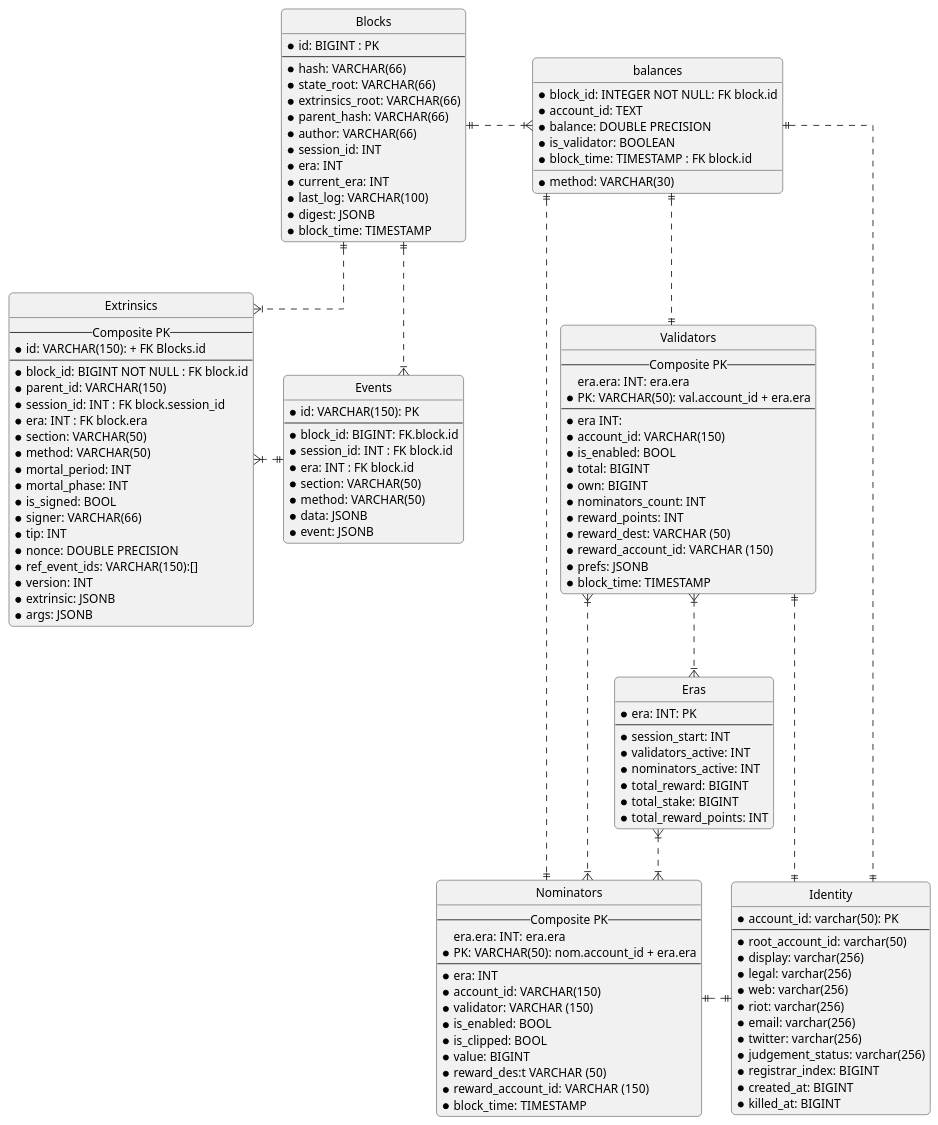
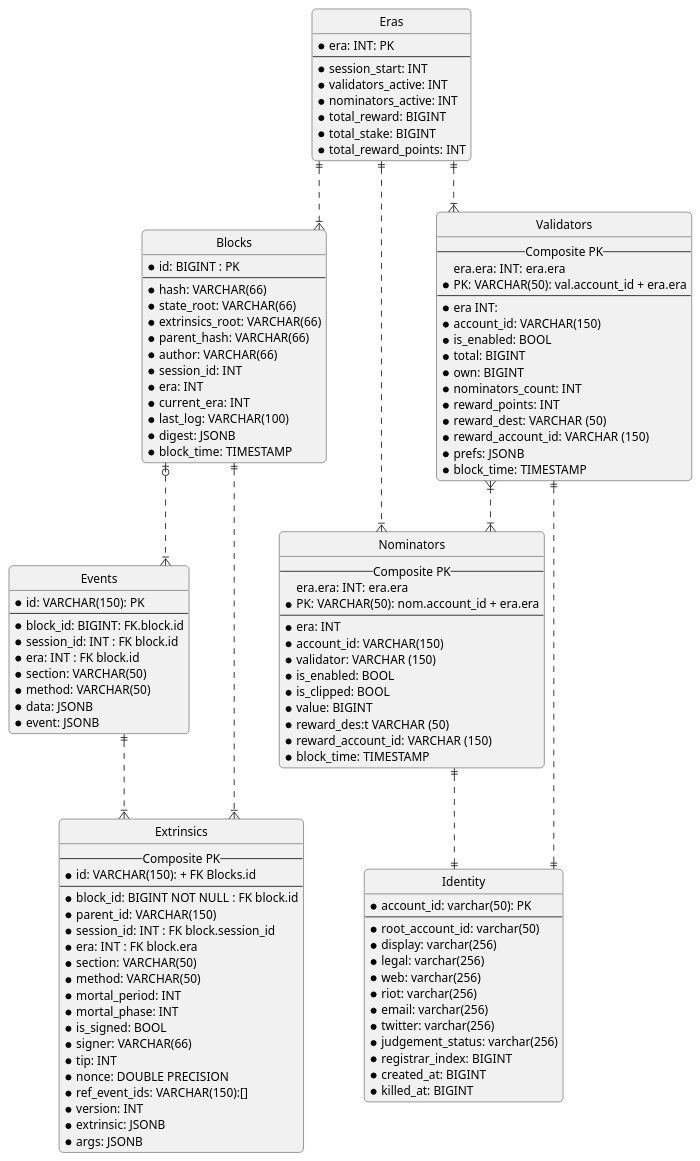
Before and after one commit to p2p-org/polkadot-profit-transformer: the diagram in docs/erd.puml, drawn with PlantUML. The commit also changed 3 other files, not shown here.

```diff
--- a/docs/erd.puml
+++ b/docs/erd.puml
@@ -1,147 +1,123 @@
 @startuml ER-diagram
-
 ' hIde the spot
 hIde circle
-
 ' avoId problems with angled crows feet
 skinparam {
     Linetype ortho
     Shadowing false
     RoundCorner 10
 }
-
 entity "Blocks" as block {
     *id: BIGINT : PK
     --
     *hash: VARCHAR(66)
     *state_root: VARCHAR(66)
     *extrinsics_root: VARCHAR(66)
     *parent_hash: VARCHAR(66)
     *author: VARCHAR(66)
     *session_id: INT
     *era: INT
     *current_era: INT
     *last_log: VARCHAR(100)
     *digest: JSONB
     *block_time: TIMESTAMP
 }
-
 entity "Events" as events {
     *id: VARCHAR(150): PK
     --
     *block_id: BIGINT: FK.block.id
     *session_id: INT : FK block.id
     *era: INT : FK block.id
     *section: VARCHAR(50)
     *method: VARCHAR(50)
     *data: JSONB
     *event: JSONB
 }
-
 entity "Extrinsics" as ex {
     --Composite PK --
     *id: VARCHAR(150): + FK Blocks.id
     --
     *block_id: BIGINT NOT NULL : FK block.id
     *parent_id: VARCHAR(150)
     *session_id: INT : FK block.session_id
     *era: INT : FK block.era
     *section: VARCHAR(50)
     *method: VARCHAR(50)
     *mortal_period: INT
     *mortal_phase: INT
     *is_signed: BOOL
     *signer: VARCHAR(66)
     *tip: INT
     *nonce: DOUBLE PRECISION
     *ref_event_ids: VARCHAR(150):[]
     *version: INT
     *extrinsic: JSONB
     *args: JSONB
 }
-
 entity "Eras" as era {
     *era: INT: PK
     --
     *session_start: INT
     *validators_active: INT
     *nominators_active: INT
     *total_reward: BIGINT
     *total_stake: BIGINT
     *total_reward_points: INT
 }
-
 entity "Validators" as val {
     --Composite PK --
     era.era: INT: era.era
     *PK: VARCHAR(50): val.account_id + era.era
     --
     *era INT:
     *account_id: VARCHAR(150)
     *is_enabled: BOOL
     *total: BIGINT
     *own: BIGINT
     *nominators_count: INT
     *reward_points: INT
     *reward_dest: VARCHAR (50)
     *reward_account_id: VARCHAR (150)
     *prefs: JSONB
     *block_time: TIMESTAMP
 }
-
 entity "Nominators" as nom {
     --Composite PK --
     era.era: INT: era.era
     *PK: VARCHAR(50): nom.account_id + era.era
     --
     *era: INT
     *account_id: VARCHAR(150)
     *validator: VARCHAR (150)
     *is_enabled: BOOL
     *is_clipped: BOOL
     *value: BIGINT
     *reward_des:t VARCHAR (50)
     *reward_account_id: VARCHAR (150)
     *block_time: TIMESTAMP
 }
-
 entity "Identity" as ac {
     *account_id: varchar(50): PK
     --
     *root_account_id: varchar(50)
     *display: varchar(256)
     *legal: varchar(256)
     *web: varchar(256)
     *riot: varchar(256)
     *email: varchar(256)
     *twitter: varchar(256)
     *judgement_status: varchar(256)
     *registrar_index: BIGINT
     *created_at: BIGINT
     *killed_at: BIGINT
 }
-
-entity "balances" as balances {
-    *block_id: INTEGER NOT NULL: FK block.id
-    *account_id: TEXT
-    *balance: DOUBLE PRECISION
-    *method: VARCHAR(30)
-    *is_validator: BOOLEAN
-    *block_time: TIMESTAMP : FK block.id
-}
-
-nom ||.right.|| ac
-era }|..|{ nom
-val }|..|{ era
+nom ||..|| ac
+era ||..|{ nom
+era ||..|{ val
 val }|..|{ nom
 val ||..|| ac
-balances ||..|| ac
-balances ||..|| nom
-balances ||..|| val
-balances }|.left.|| block
-' block }|..|| era не вижу явной связи
-block ||..|{ events
+era ||..|{ block
+block |o..|{ events
+events ||..|{ ex
 block ||..|{ ex
-ex }|.right.|| events
-
 @enduml
```
